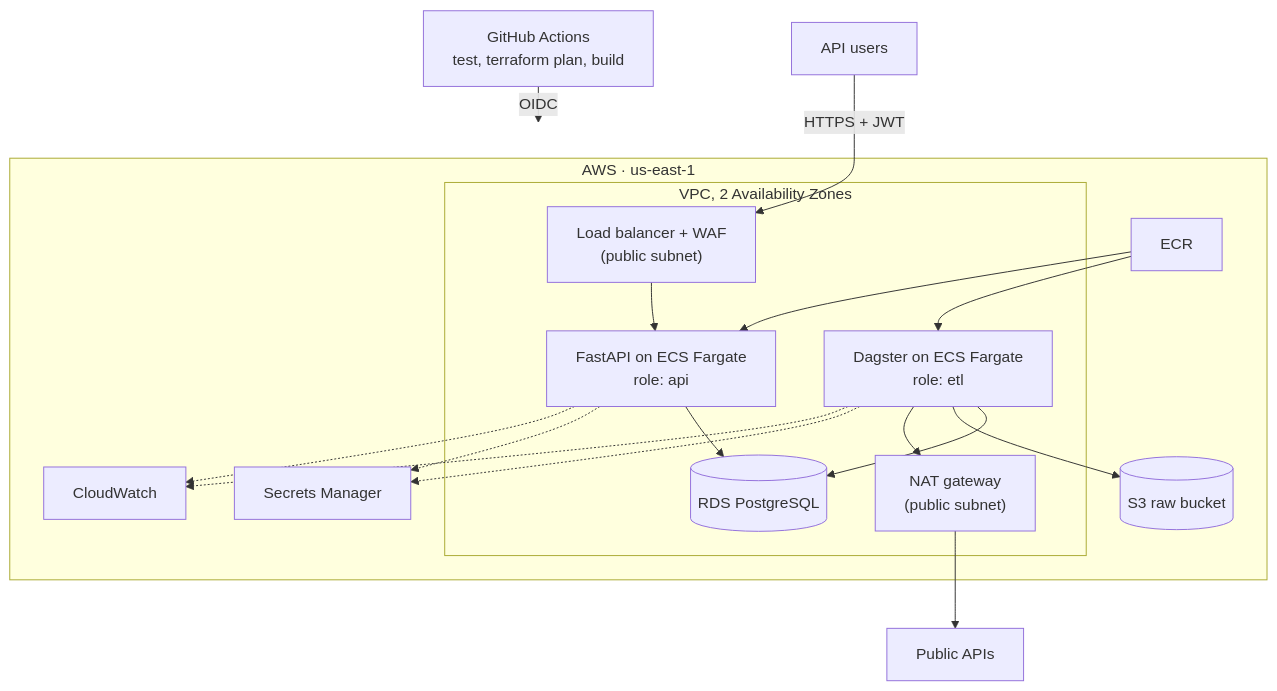
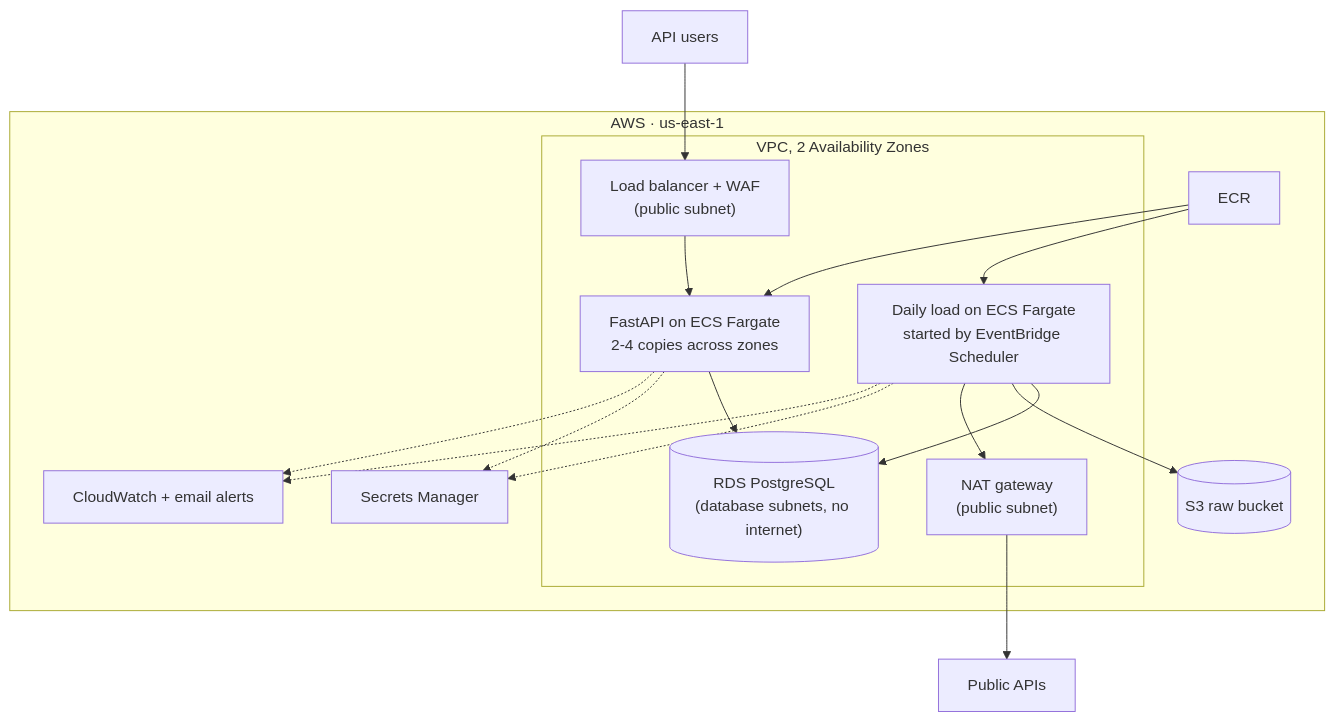
The third of 3 diagrams in docs/architecture.md (ModupeD/OrisunIwadi), drawn with Mermaid before and after one commit. The commit also changed other lines of this file and 53 other files, not shown here.

First line of the commit message:
feat: Implement OncoLake branding for API and Dagster UI

````diff
--- a/docs/architecture.md
+++ b/docs/architecture.md
@@ -162,23 +166,22 @@
 ```mermaid
 flowchart TB
-    GHA["GitHub Actions<br/>test, terraform plan, build"] -->|OIDC| AWS
     subgraph AWS["AWS · us-east-1"]
         subgraph VPC["VPC, 2 Availability Zones"]
             ALB["Load balancer + WAF<br/>(public subnet)"]
             NAT["NAT gateway<br/>(public subnet)"]
-            DAGSTER["Dagster on ECS Fargate<br/>role: etl"]
-            APISVC["FastAPI on ECS Fargate<br/>role: api"]
-            RDS[("RDS PostgreSQL")]
+            ETL["Daily load on ECS Fargate<br/>started by EventBridge Scheduler"]
+            APISVC["FastAPI on ECS Fargate<br/>2-4 copies across zones"]
+            RDS[("RDS PostgreSQL<br/>(database subnets, no internet)")]
         end
         S3B[("S3 raw bucket")]
         SM["Secrets Manager"]
-        CW["CloudWatch"]
+        CW["CloudWatch + email alerts"]
         ECR["ECR"]
     end
-    USERS["API users"] -->|HTTPS + JWT| ALB --> APISVC --> RDS
-    DAGSTER --> RDS
-    DAGSTER --> S3B
-    DAGSTER --> NAT --> PUB["Public APIs"]
-    ECR --> DAGSTER & APISVC
-    DAGSTER & APISVC -.-> SM & CW
+    USERS["API users"] --> ALB --> APISVC --> RDS
+    ETL --> RDS
+    ETL --> S3B
+    ETL --> NAT --> PUB["Public APIs"]
+    ECR --> ETL & APISVC
+    ETL & APISVC -.-> SM & CW
 ```
````
